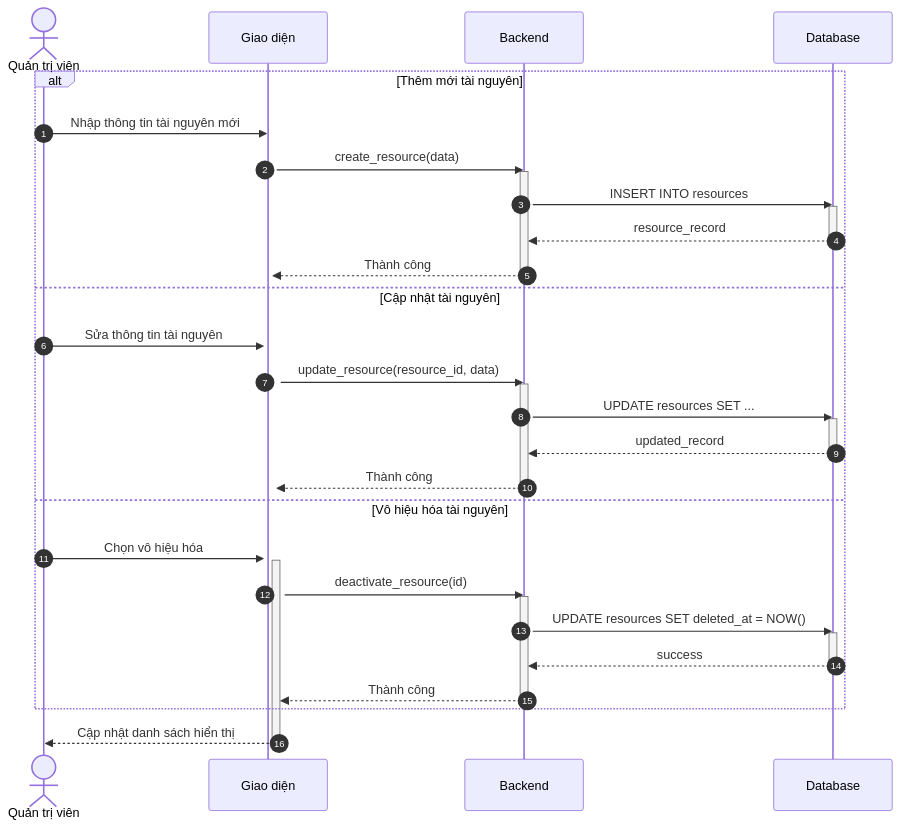
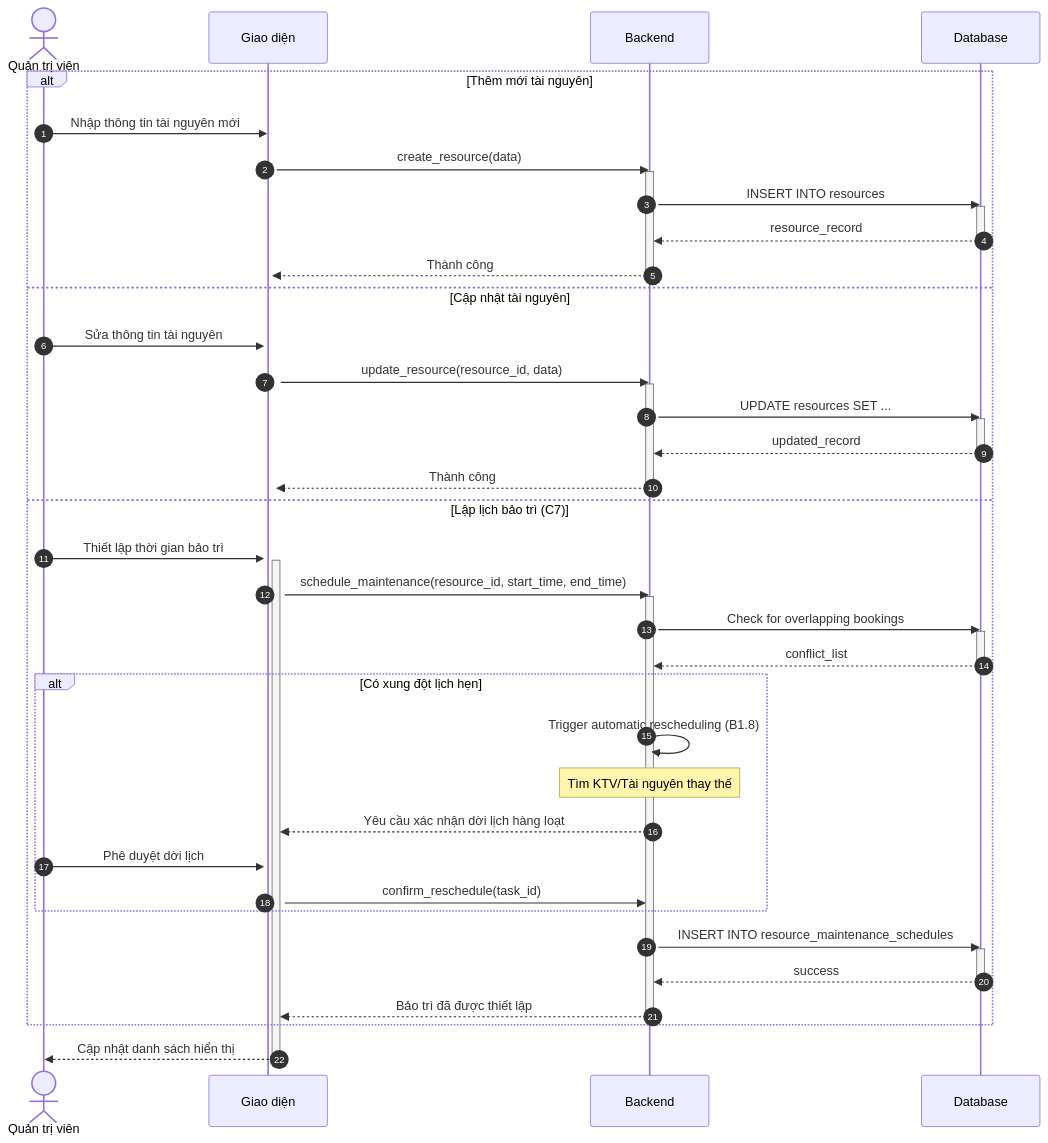
Before and after one commit to ngoctinn/Synapse: the second of 11 diagrams in docs/design/sequences/admin_flows.md, drawn with Mermaid. The commit also changed other lines of this file and 6 other files, not shown here.

Commit message:
docs: Add initial design documentation covering use cases, data specifications, and various system diagrams.

````diff
--- a/docs/design/sequences/admin_flows.md
+++ b/docs/design/sequences/admin_flows.md
@@ -81,45 +81,58 @@
 ```mermaid
 sequenceDiagram
     autonumber
     actor QTV as Quản trị viên
     participant UI as Giao diện
     participant BE as Backend
     participant DB as Database
 
     alt Thêm mới tài nguyên
         QTV->>UI: Nhập thông tin tài nguyên mới
         activate UI
         UI->>BE: create_resource(data)
         activate BE
         BE->>DB: INSERT INTO resources
         activate DB
         DB-->>BE: resource_record
         deactivate DB
         BE-->>UI: Thành công
         deactivate BE
     else Cập nhật tài nguyên
         QTV->>UI: Sửa thông tin tài nguyên
         activate UI
         UI->>BE: update_resource(resource_id, data)
         activate BE
         BE->>DB: UPDATE resources SET ...
         activate DB
         DB-->>BE: updated_record
         deactivate DB
         BE-->>UI: Thành công
         deactivate BE
-    else Vô hiệu hóa tài nguyên
-        QTV->>UI: Chọn vô hiệu hóa
+    else Lập lịch bảo trì (C7)
+        QTV->>UI: Thiết lập thời gian bảo trì
         activate UI
-        UI->>BE: deactivate_resource(id)
+        UI->>BE: schedule_maintenance(resource_id, start_time, end_time)
         activate BE
-        BE->>DB: UPDATE resources SET deleted_at = NOW()
+        BE->>DB: Check for overlapping bookings
+        activate DB
+        DB-->>BE: conflict_list
+        deactivate DB
+
+        alt Có xung đột lịch hẹn
+            BE->>BE: Trigger automatic rescheduling (B1.8)
+            Note over BE: Tìm KTV/Tài nguyên thay thế
+            BE-->>UI: Yêu cầu xác nhận dời lịch hàng loạt
+            QTV->>UI: Phê duyệt dời lịch
+            UI->>BE: confirm_reschedule(task_id)
+        end
+
+        BE->>DB: INSERT INTO resource_maintenance_schedules
         activate DB
         DB-->>BE: success
         deactivate DB
-        BE-->>UI: Thành công
+        BE-->>UI: Bảo trì đã được thiết lập
         deactivate BE
     end
     UI-->>QTV: Cập nhật danh sách hiển thị
     deactivate UI
 ```
````
